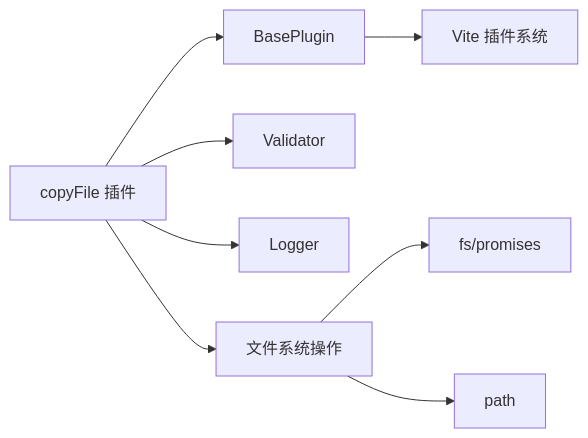
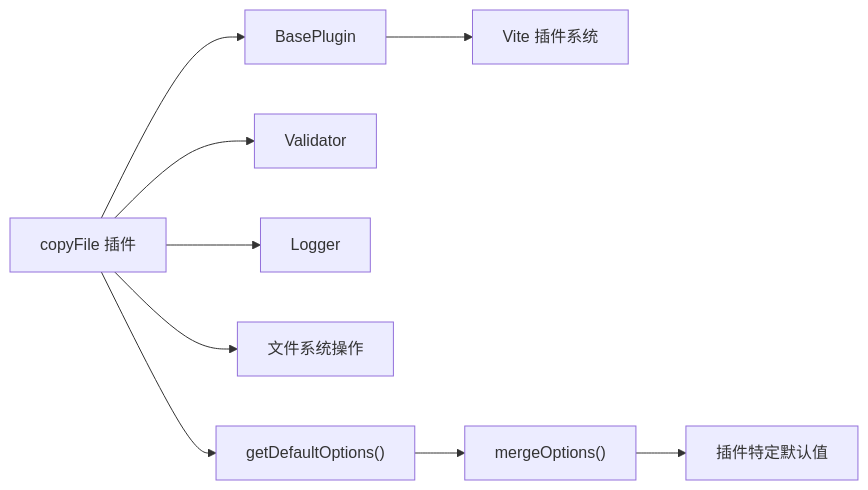
The fifth of 5 diagrams in .qoder/repowiki/zh/content/核心插件/文件复制插件 (copyFile).md (MengXi-Studio/vite-plugin), drawn with Mermaid before and after one commit. The commit also changed other lines of this file and 5 other files, not shown here.

````diff
--- a/.qoder/repowiki/zh/content/核心插件/文件复制插件 (copyFile).md
+++ b/.qoder/repowiki/zh/content/核心插件/文件复制插件 (copyFile).md
@@ -295,10 +305,11 @@
 ```mermaid
 graph LR
 CF["copyFile 插件"] --> BP["BasePlugin"]
 CF --> VF["Validator"]
 CF --> LG["Logger"]
 CF --> FS["文件系统操作"]
-FS --> NodeFS["fs/promises"]
-FS --> Path["path"]
+CF --> DF["getDefaultOptions()"]
 BP --> Vite["Vite 插件系统"]
+DF --> MO["mergeOptions()"]
+MO --> PD["插件特定默认值"]
 ```
````
